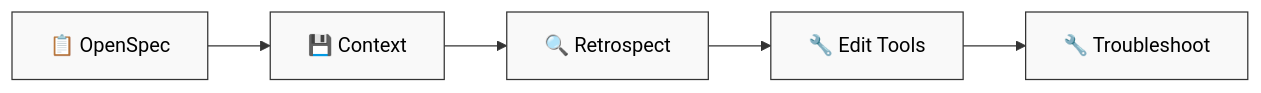
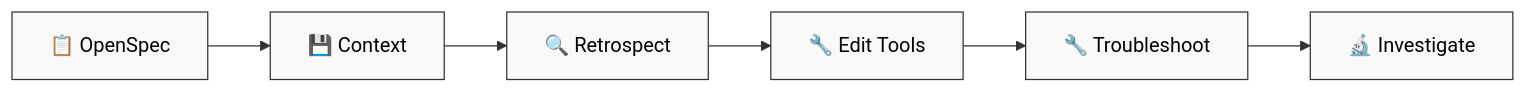
The diagram in dstoic/README.md (digital-stoic-org/agent-skills), drawn with Mermaid before and after one commit. The commit also changed other lines of this file and 9 other files, not shown here.

````diff
--- a/dstoic/README.md
+++ b/dstoic/README.md
@@ -7,9 +7,10 @@
 ```mermaid
 flowchart LR
     A["📋 OpenSpec"] --> B["💾 Context"]
     B --> C["🔍 Retrospect"]
     C --> D["🔧 Edit Tools"]
     D --> E["🔧 Troubleshoot"]
+    E --> F["🔬 Investigate"]
 
     classDef default fill:#f9f9f9,stroke:#333,color:#000
 ```
````
